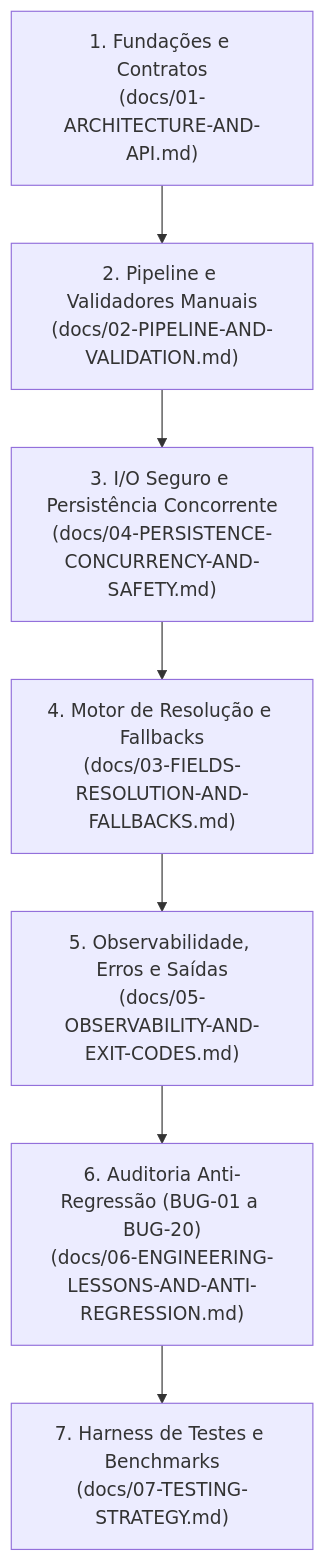
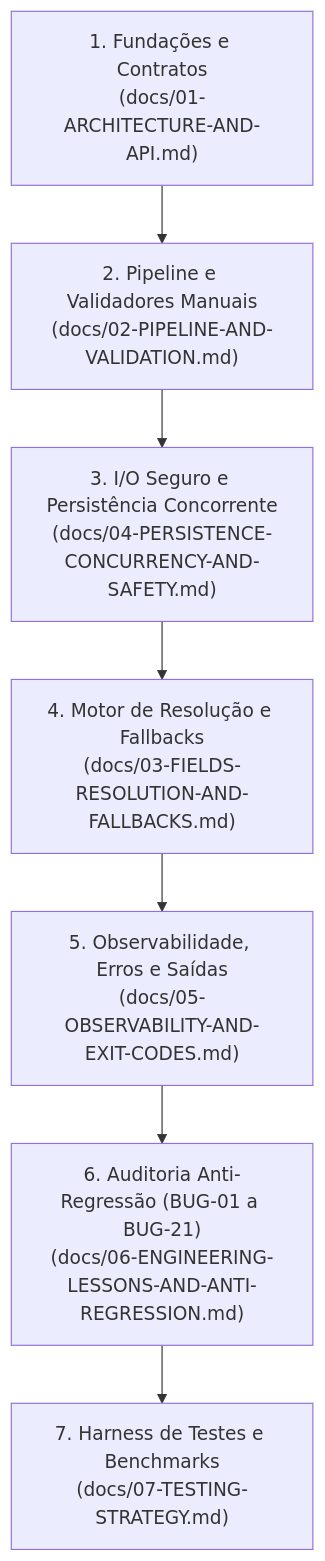
The diagram in docs/00-INDEX.md (patrickbrandao/go-loghub-ident), drawn with Mermaid before and after one commit. The commit also changed 3 other files, not shown here.

````diff
--- a/docs/00-INDEX.md
+++ b/docs/00-INDEX.md
@@ -29,9 +29,9 @@
 ```mermaid
 flowchart TD
     Step1["1. Fundações e Contratos<br>(docs/01-ARCHITECTURE-AND-API.md)"] --> Step2["2. Pipeline e Validadores Manuais<br>(docs/02-PIPELINE-AND-VALIDATION.md)"]
     Step2 --> Step3["3. I/O Seguro e Persistência Concorrente<br>(docs/04-PERSISTENCE-CONCURRENCY-AND-SAFETY.md)"]
     Step3 --> Step4["4. Motor de Resolução e Fallbacks<br>(docs/03-FIELDS-RESOLUTION-AND-FALLBACKS.md)"]
     Step4 --> Step5["5. Observabilidade, Erros e Saídas<br>(docs/05-OBSERVABILITY-AND-EXIT-CODES.md)"]
-    Step5 --> Step6["6. Auditoria Anti-Regressão (BUG-01 a BUG-20)<br>(docs/06-ENGINEERING-LESSONS-AND-ANTI-REGRESSION.md)"]
+    Step5 --> Step6["6. Auditoria Anti-Regressão (BUG-01 a BUG-21)<br>(docs/06-ENGINEERING-LESSONS-AND-ANTI-REGRESSION.md)"]
     Step6 --> Step7["7. Harness de Testes e Benchmarks<br>(docs/07-TESTING-STRATEGY.md)"]
 ```
````
